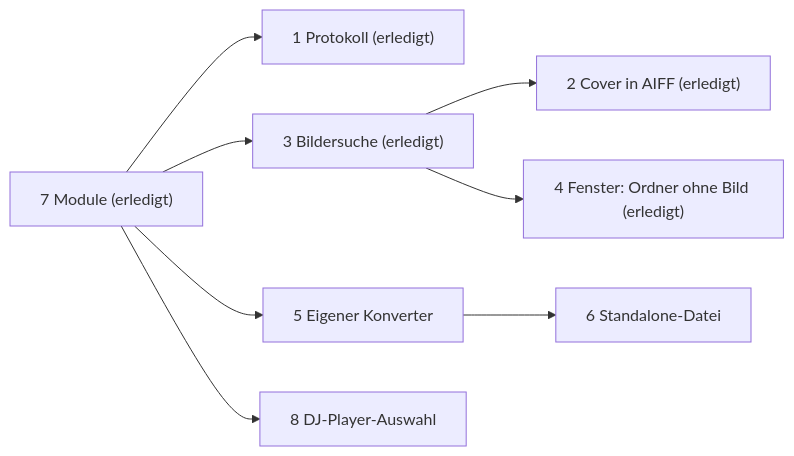
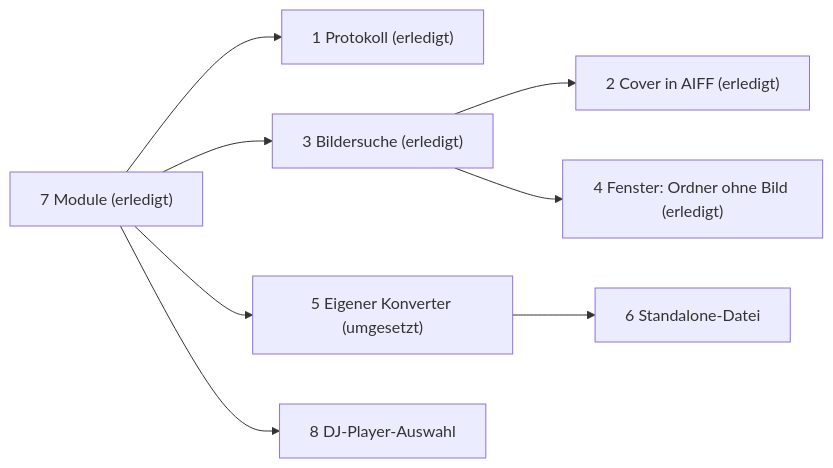
One commit to Senci/audio-konverter changed the diagram in wiki/offen.md. Above: the diagram before and after it, drawn with Mermaid. The commit also changed other lines of this file and 11 other files, not shown here.

````diff
--- a/wiki/offen.md
+++ b/wiki/offen.md
@@ -3,10 +3,10 @@
 ```mermaid
 flowchart LR
     M["7 Module (erledigt)"] --> P["1 Protokoll (erledigt)"]
     M --> B["3 Bildersuche (erledigt)"]
-    M --> K["5 Eigener Konverter"]
+    M --> K["5 Eigener Konverter (umgesetzt)"]
     M --> D["8 DJ-Player-Auswahl"]
     B --> C["2 Cover in AIFF (erledigt)"]
     B --> N["4 Fenster: Ordner ohne Bild (erledigt)"]
     K --> S["6 Standalone-Datei"]
 ```
````
